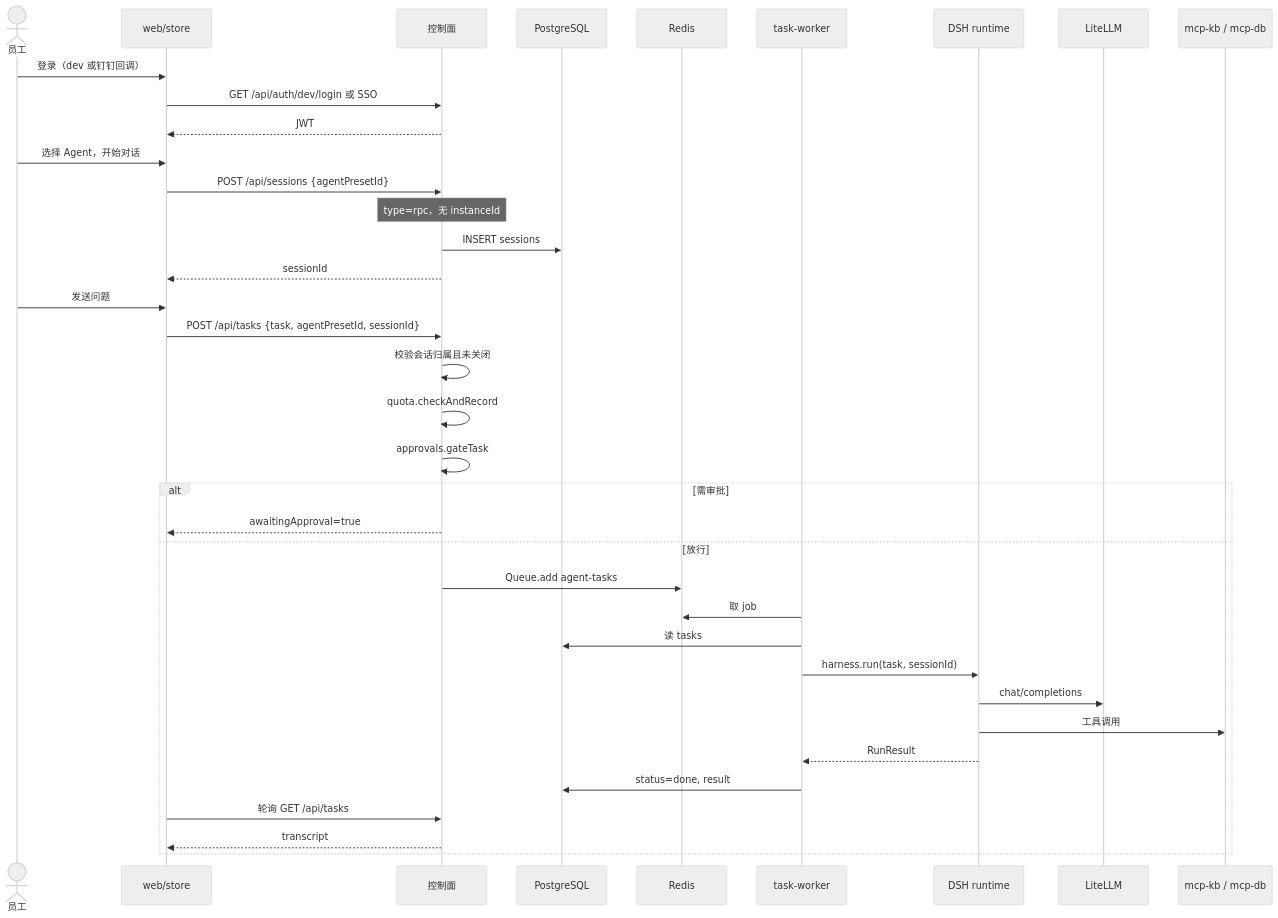
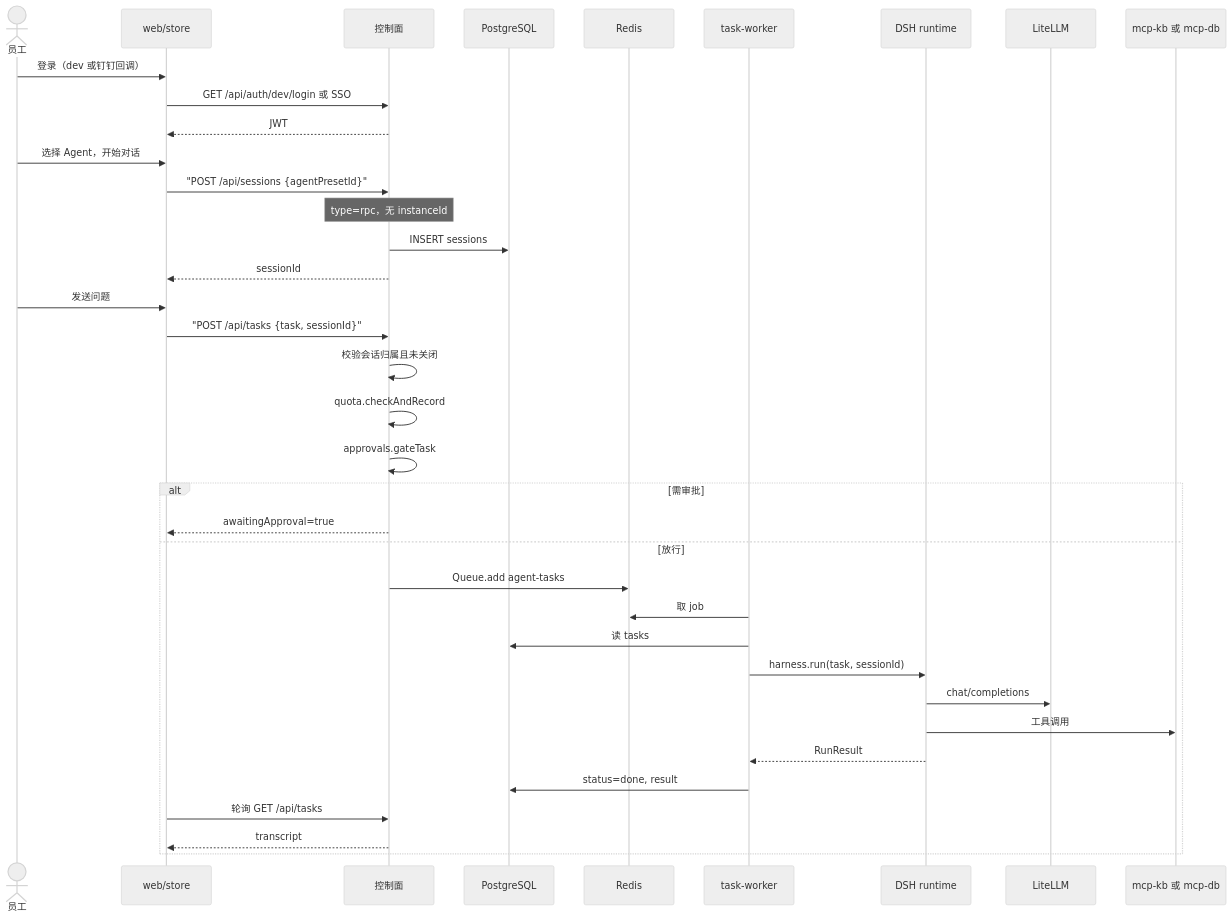
The fifth of 12 diagrams in docs/system-arch42.md (jackyqj/ai-agent-platform), drawn with Mermaid (neutral theme) before and after one commit. The commit also changed other lines of this file, not shown here.

````diff
--- a/docs/system-arch42.md
+++ b/docs/system-arch42.md
@@ -379,40 +379,40 @@
 ```mermaid
 sequenceDiagram
   actor U as 员工
   participant UI as web/store
   participant CP as 控制面
   participant PG as PostgreSQL
   participant R as Redis
   participant W as task-worker
   participant DSH as DSH runtime
   participant GW as LiteLLM
-  participant MCP as mcp-kb / mcp-db
+  participant MCP as mcp-kb 或 mcp-db
 
   U->>UI: 登录（dev 或钉钉回调）
   UI->>CP: GET /api/auth/dev/login 或 SSO
   CP-->>UI: JWT
   U->>UI: 选择 Agent，开始对话
-  UI->>CP: POST /api/sessions {agentPresetId}
+  UI->>CP: "POST /api/sessions {agentPresetId}"
   Note over CP: type=rpc，无 instanceId
   CP->>PG: INSERT sessions
   CP-->>UI: sessionId
   U->>UI: 发送问题
-  UI->>CP: POST /api/tasks {task, agentPresetId, sessionId}
+  UI->>CP: "POST /api/tasks {task, sessionId}"
   CP->>CP: 校验会话归属且未关闭
   CP->>CP: quota.checkAndRecord
   CP->>CP: approvals.gateTask
   alt 需审批
     CP-->>UI: awaitingApproval=true
   else 放行
     CP->>R: Queue.add agent-tasks
     W->>R: 取 job
     W->>PG: 读 tasks
     W->>DSH: harness.run(task, sessionId)
     DSH->>GW: chat/completions
     DSH->>MCP: 工具调用
     DSH-->>W: RunResult
     W->>PG: status=done, result
     UI->>CP: 轮询 GET /api/tasks
     CP-->>UI: transcript
   end
 ```
````
